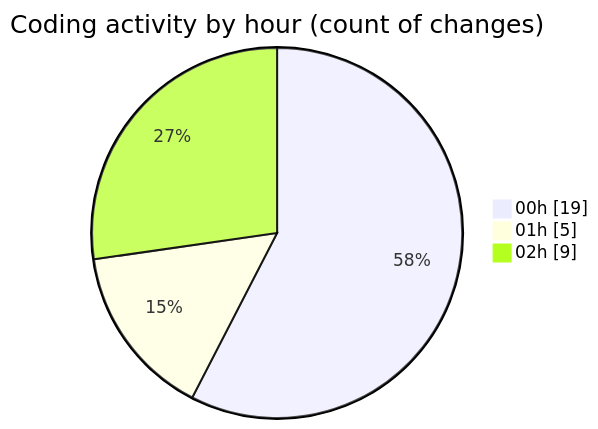
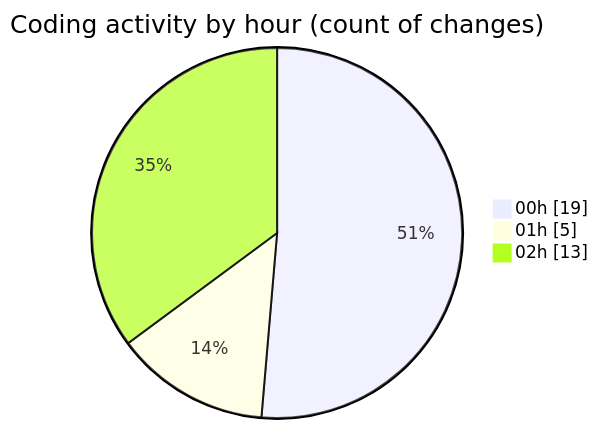
Before and after one commit to Elitesun/code-tracking: the second of 2 diagrams in 2025-02-14/elitegpt/README.md, drawn with Mermaid. The commit also changed other lines of this file and 1 other file, not shown here.

````diff
--- a/2025-02-14/elitegpt/README.md
+++ b/2025-02-14/elitegpt/README.md
@@ -32,7 +33,7 @@
 ```mermaid
 pie showData
 title Coding activity by hour (count of changes)
 "00h" : 19
 "01h" : 5
-"02h" : 9
+"02h" : 13
 ```
````
